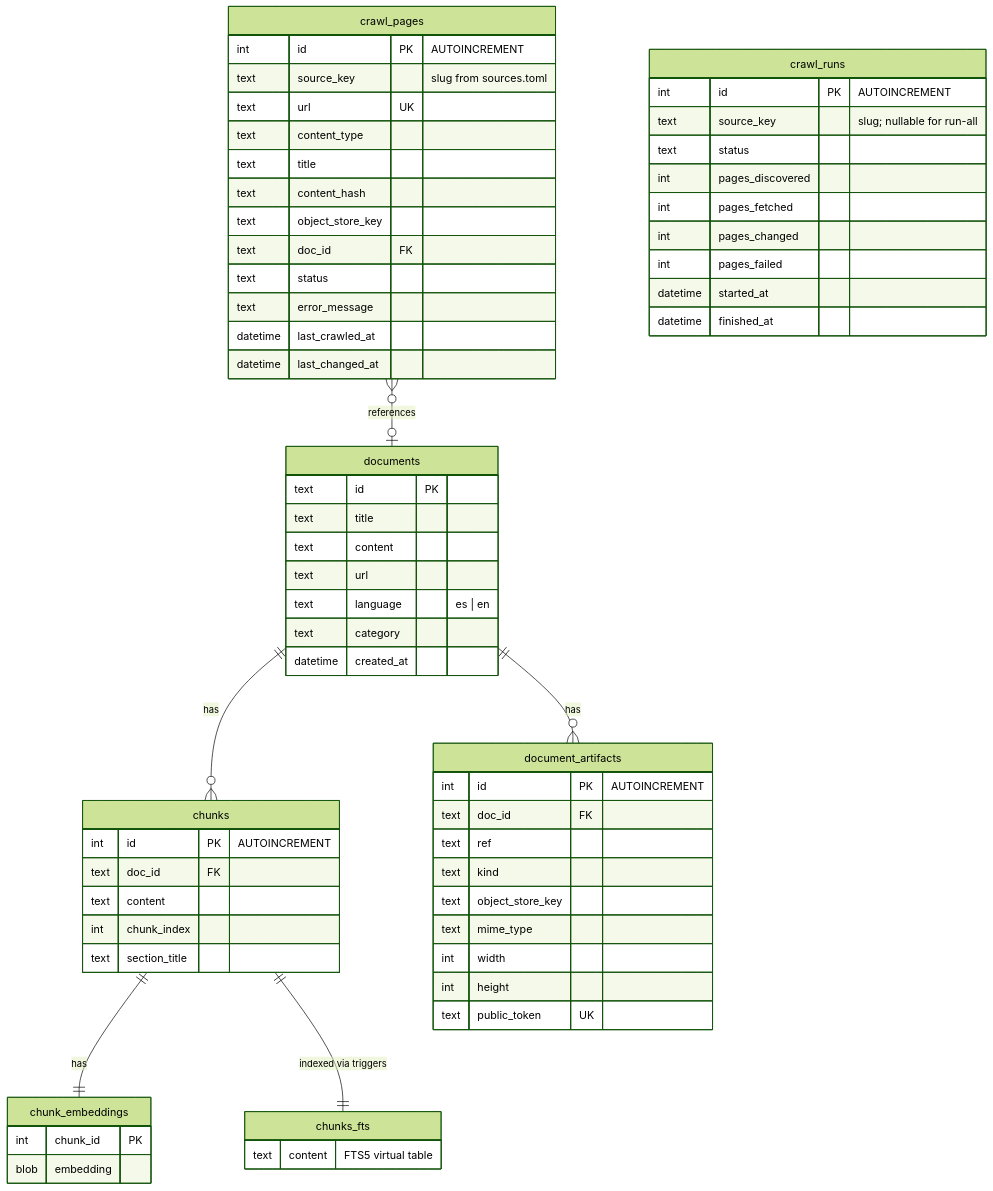
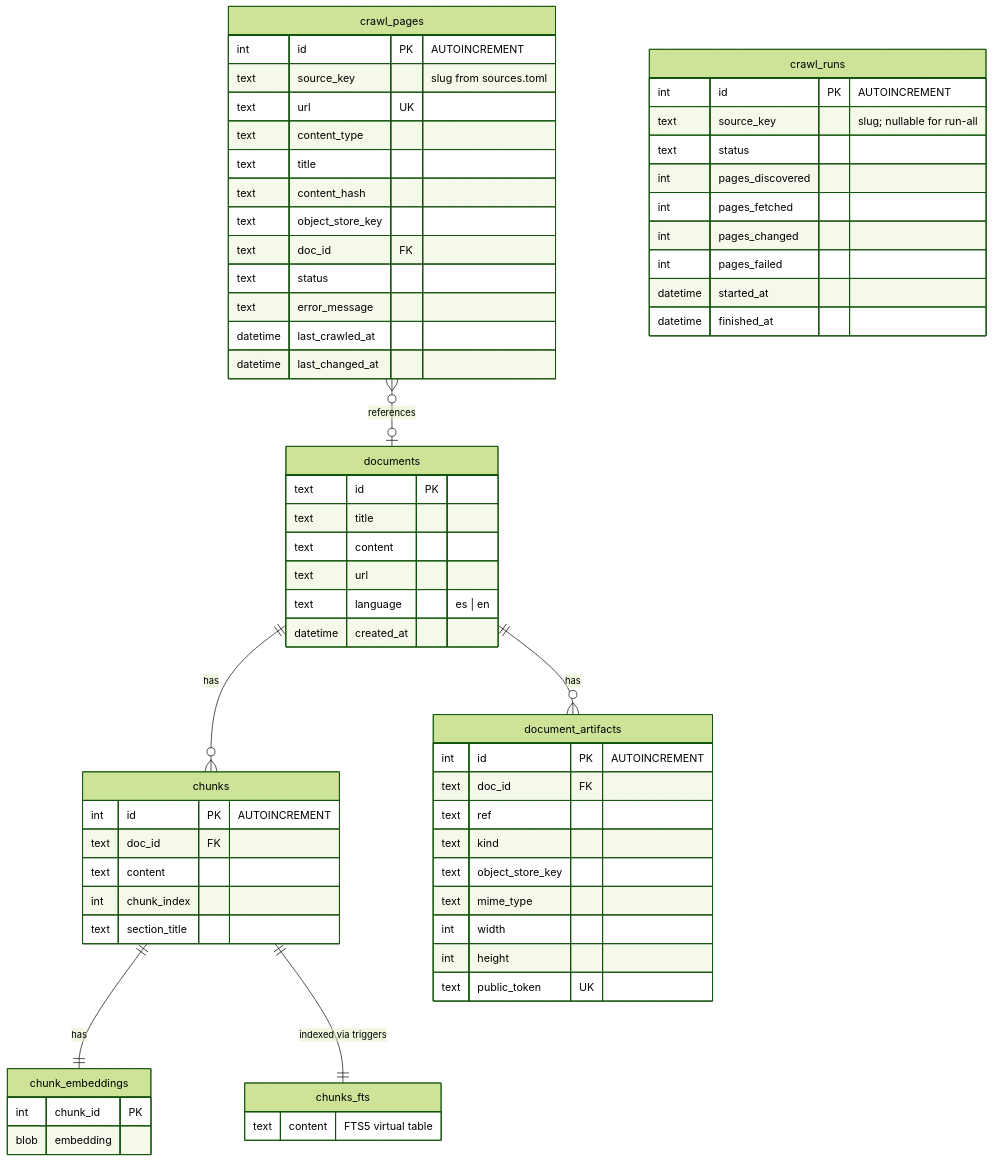
The eighth of 8 diagrams in docs/diagrams.md (klnstprx/etsi-rag), drawn with Mermaid (forest theme) before and after one commit. The commit also changed 35 other files, not shown here.

````diff
--- a/docs/diagrams.md
+++ b/docs/diagrams.md
@@ -274,74 +274,73 @@
 ```mermaid
 erDiagram
     documents {
         text id PK
         text title
         text content
         text url
         text language "es | en"
-        text category
         datetime created_at
     }
 
     chunks {
         int id PK "AUTOINCREMENT"
         text doc_id FK
         text content
         int chunk_index
         text section_title
     }
 
     chunks_fts {
         text content "FTS5 virtual table"
     }
 
     chunk_embeddings {
         int chunk_id PK
         blob embedding
     }
 
     crawl_pages {
         int id PK "AUTOINCREMENT"
         text source_key "slug from sources.toml"
         text url UK
         text content_type
         text title
         text content_hash
         text object_store_key
         text doc_id FK
         text status
         text error_message
         datetime last_crawled_at
         datetime last_changed_at
     }
 
     crawl_runs {
         int id PK "AUTOINCREMENT"
         text source_key "slug; nullable for run-all"
         text status
         int pages_discovered
         int pages_fetched
         int pages_changed
         int pages_failed
         datetime started_at
         datetime finished_at
     }
 
     document_artifacts {
         int id PK "AUTOINCREMENT"
         text doc_id FK
         text ref
         text kind
         text object_store_key
         text mime_type
         int width
         int height
         text public_token UK
     }
 
     documents ||--o{ chunks : "has"
     chunks ||--|| chunk_embeddings : "has"
     chunks ||--|| chunks_fts : "indexed via triggers"
     documents ||--o{ document_artifacts : "has"
     crawl_pages }o--o| documents : "references"
 ```
````
